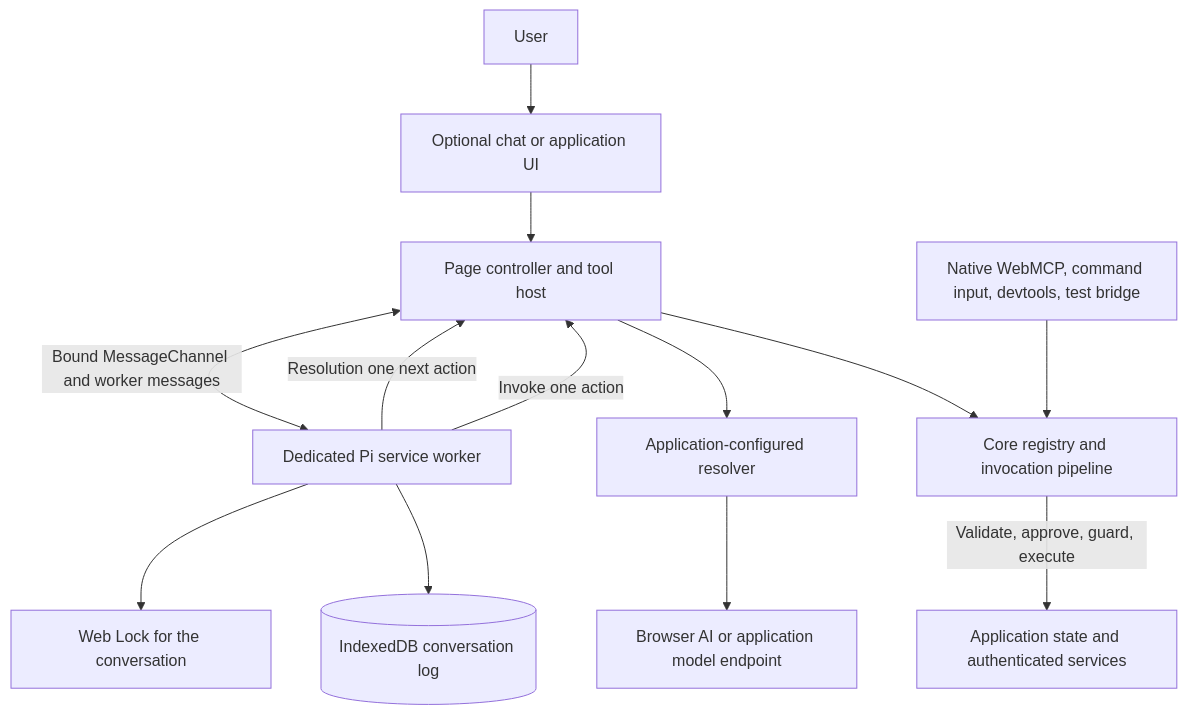
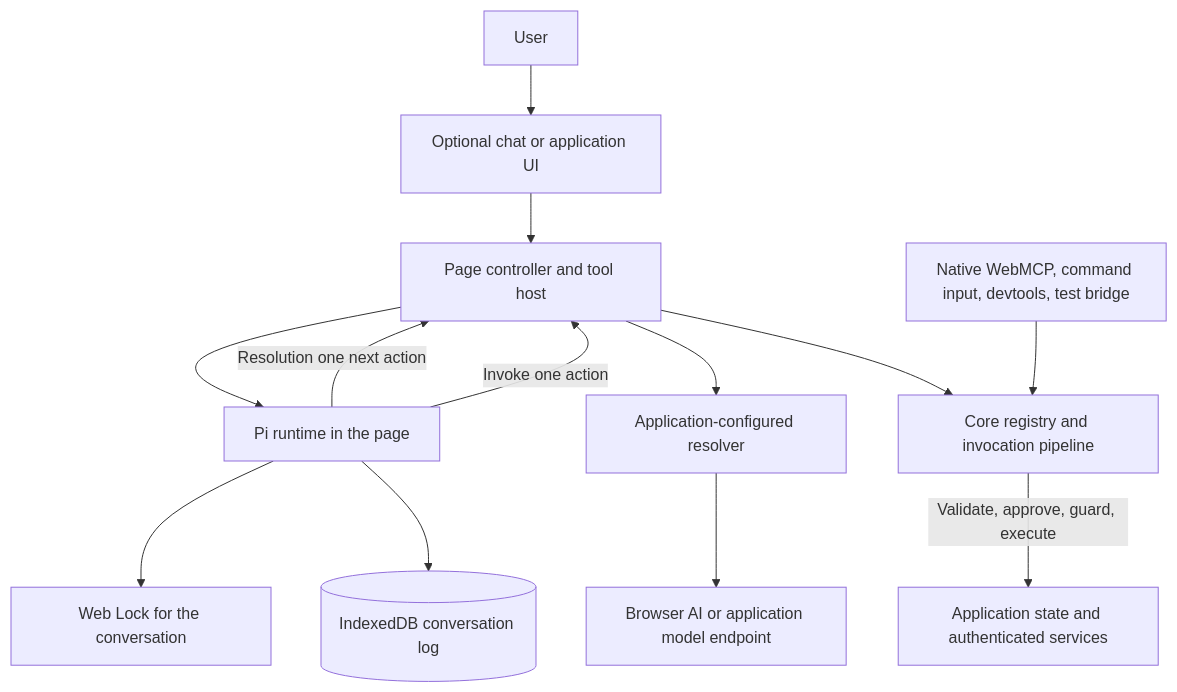
One commit to vampaz/web-mcp changed the first of 3 diagrams in docs/architecture.md. Above: the diagram before and after it, drawn with Mermaid. The commit also changed other lines of this file and 149 other files, not shown here.

````diff
--- a/docs/architecture.md
+++ b/docs/architecture.md
@@ -9,26 +9,26 @@
 ```mermaid
 flowchart TB
   User[User]
   UI[Optional chat or application UI]
   Page[Page controller and tool host]
-  Worker[Dedicated Pi service worker]
+  Pi[Pi runtime in the page]
   Storage[(IndexedDB conversation log)]
   Lock[Web Lock for the conversation]
   Resolver[Application-configured resolver]
   Model[Browser AI or application model endpoint]
   Registry[Core registry and invocation pipeline]
   App[Application state and authenticated services]
   Native[Native WebMCP, command input, devtools, test bridge]
   User --> UI
   UI --> Page
-  Page <-->|Bound MessageChannel and worker messages| Worker
-  Worker --> Lock
-  Worker --> Storage
-  Worker -->|Resolution one next action| Page
+  Page --> Pi
+  Pi --> Lock
+  Pi --> Storage
+  Pi -->|Resolution one next action| Page
   Page --> Resolver
   Resolver --> Model
-  Worker -->|Invoke one action| Page
+  Pi -->|Invoke one action| Page
   Page --> Registry
   Native --> Registry
   Registry -->|Validate, approve, guard, execute| App
 ```
````
